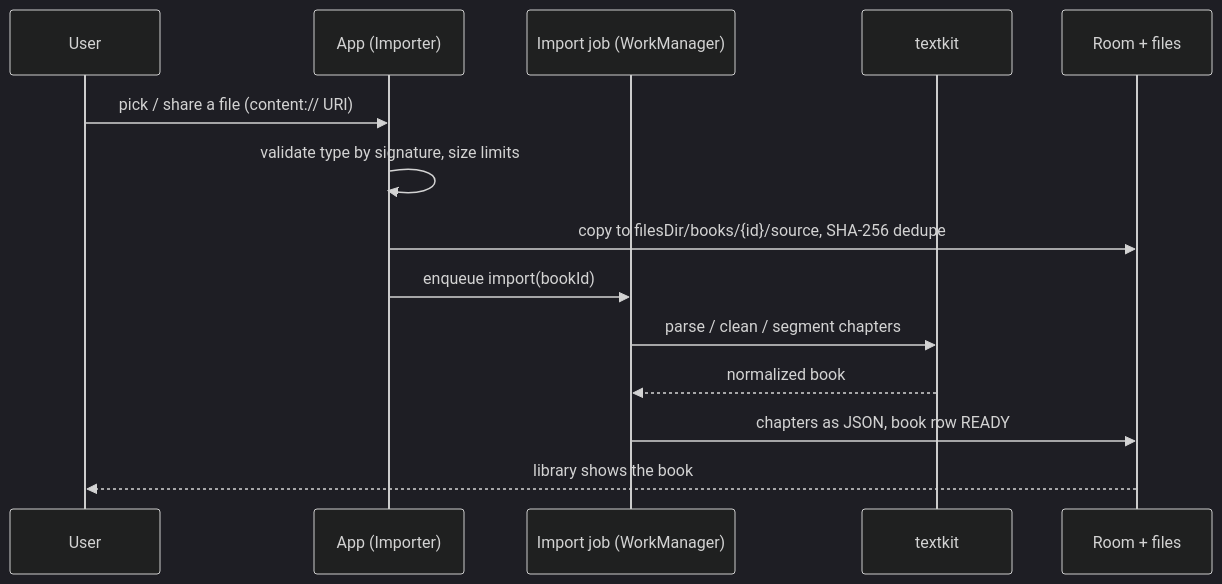
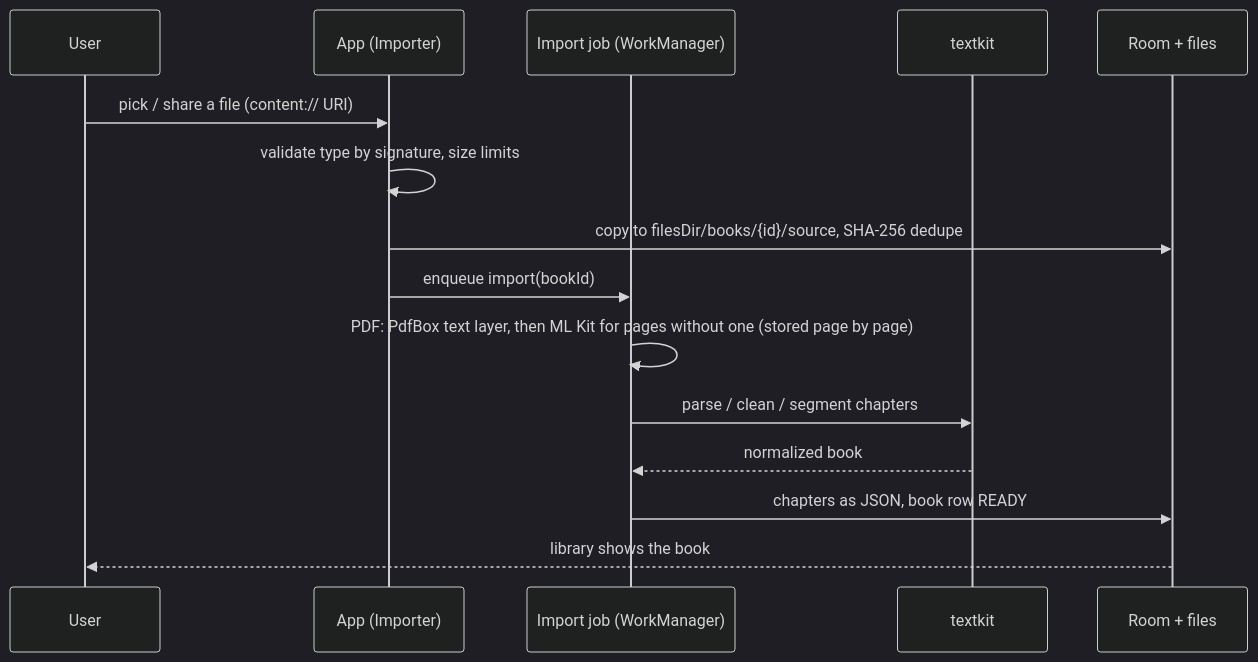
The third of 6 diagrams in docs/architecture.md (giovannism20/redesigned-octo-palm-tree), drawn with Mermaid (dark theme) before and after one commit. The commit also changed other lines of this file and 15 other files, not shown here.

````diff
--- a/docs/architecture.md
+++ b/docs/architecture.md
@@ -108,16 +108,17 @@
 ```mermaid
 sequenceDiagram
     participant U as User
     participant A as App (Importer)
     participant W as Import job (WorkManager)
     participant T as textkit
     participant D as Room + files
     U->>A: pick / share a file (content:// URI)
     A->>A: validate type by signature, size limits
     A->>D: copy to filesDir/books/{id}/source, SHA-256 dedupe
     A->>W: enqueue import(bookId)
+    W->>W: PDF: PdfBox text layer, then ML Kit for pages without one (stored page by page)
     W->>T: parse / clean / segment chapters
     T-->>W: normalized book
     W->>D: chapters as JSON, book row READY
     D-->>U: library shows the book
 ```
````
